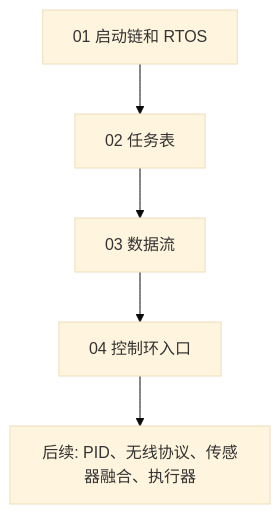
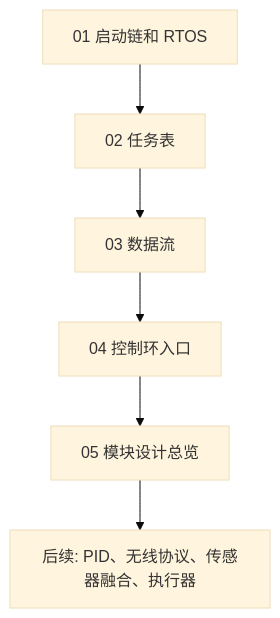
The diagram in docs/learning/00-reading-guide.md (DominiteC/robodrone), drawn with Mermaid (base theme) before and after one commit. The commit also changed other lines of this file and 5 other files, not shown here.

````diff
--- a/docs/learning/00-reading-guide.md
+++ b/docs/learning/00-reading-guide.md
@@ -27,7 +27,8 @@
 ```mermaid
 flowchart TD
     A["01 启动链和 RTOS"] --> B["02 任务表"]
     B --> C["03 数据流"]
     C --> D["04 控制环入口"]
-    D --> E["后续: PID、无线协议、传感器融合、执行器"]
+    D --> E["05 模块设计总览"]
+    E --> F["后续: PID、无线协议、传感器融合、执行器"]
 ```
````
